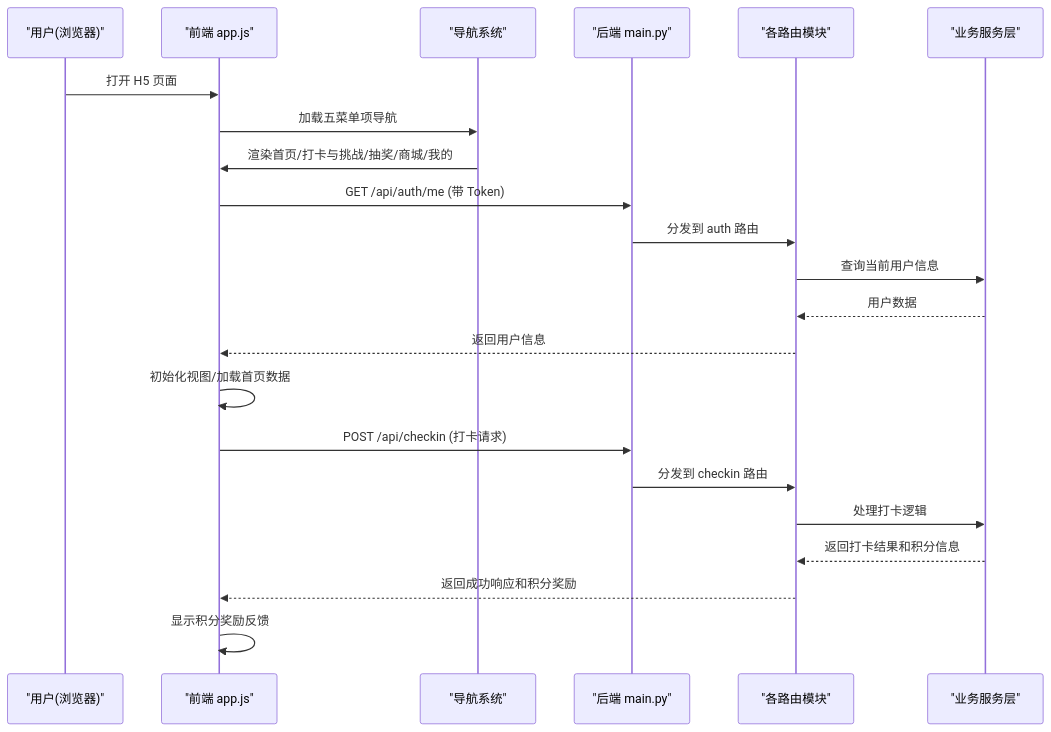
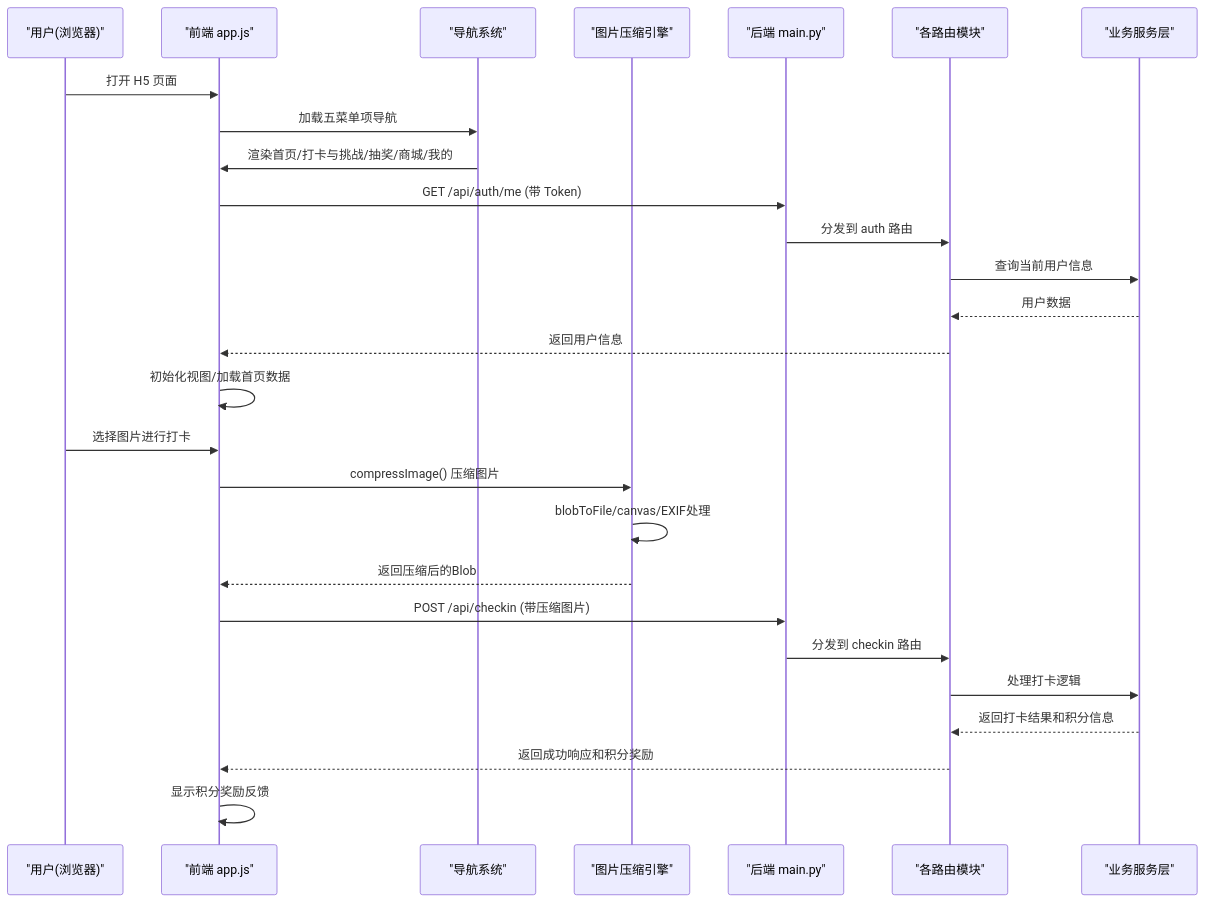
One commit to onebody/homework changed the second of 16 diagrams in .qoder/repowiki/zh/content/暑假作业打卡系统/前端应用设计/学生端应用.md. Above: the diagram before and after it, drawn with Mermaid. The commit also changed other lines of this file and 35 other files, not shown here.

````diff
--- a/.qoder/repowiki/zh/content/暑假作业打卡系统/前端应用设计/学生端应用.md
+++ b/.qoder/repowiki/zh/content/暑假作业打卡系统/前端应用设计/学生端应用.md
@@ -149,24 +175,29 @@
 ```mermaid
 sequenceDiagram
 participant U as "用户(浏览器)"
 participant FE as "前端 app.js"
 participant NAV as "导航系统"
+participant COMP as "图片压缩引擎"
 participant BE as "后端 main.py"
 participant R as "各路由模块"
 participant S as "业务服务层"
 U->>FE : 打开 H5 页面
 FE->>NAV : 加载五菜单项导航
 NAV->>FE : 渲染首页/打卡与挑战/抽奖/商城/我的
 FE->>BE : GET /api/auth/me (带 Token)
 BE->>R : 分发到 auth 路由
 R->>S : 查询当前用户信息
 S-->>R : 用户数据
 R-->>FE : 返回用户信息
 FE->>FE : 初始化视图/加载首页数据
-FE->>BE : POST /api/checkin (打卡请求)
+U->>FE : 选择图片进行打卡
+FE->>COMP : compressImage() 压缩图片
+COMP->>COMP : blobToFile/canvas/EXIF处理
+COMP-->>FE : 返回压缩后的Blob
+FE->>BE : POST /api/checkin (带压缩图片)
 BE->>R : 分发到 checkin 路由
 R->>S : 处理打卡逻辑
 S-->>R : 返回打卡结果和积分信息
 R-->>FE : 返回成功响应和积分奖励
 FE->>FE : 显示积分奖励反馈
 ```
````
